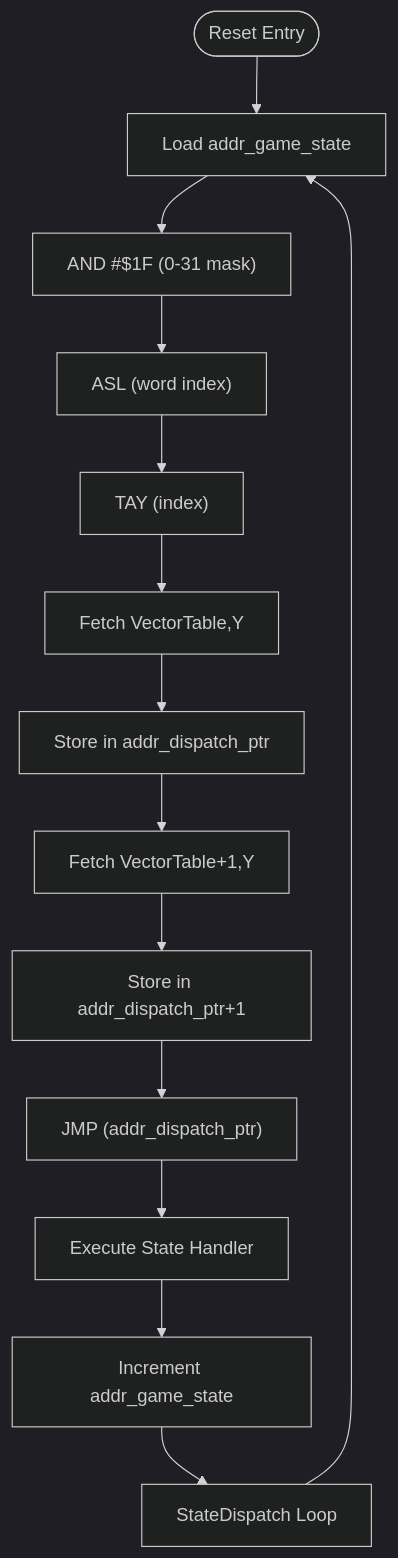
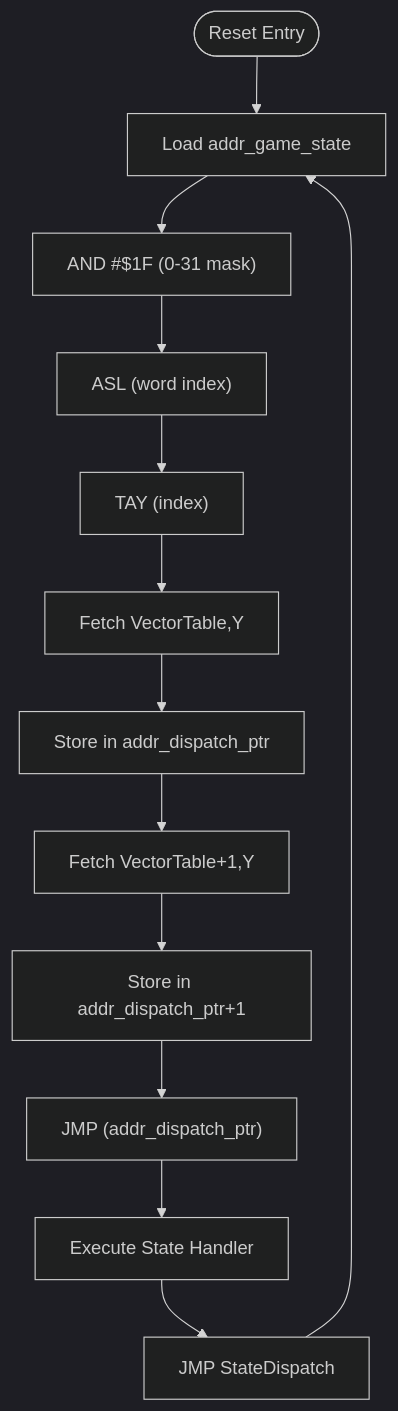
The second of 7 diagrams in .qoder/repowiki/en/content/Game State Management/Game State Management.md (rabbyzero/sango2dasm), drawn with Mermaid (dark theme) before and after one commit. The commit also changed other lines of this file and 9 other files, not shown here.

````diff
--- a/.qoder/repowiki/en/content/Game State Management/Game State Management.md
+++ b/.qoder/repowiki/en/content/Game State Management/Game State Management.md
@@ -67,16 +109,15 @@
 ```mermaid
 flowchart TD
 Start([Reset Entry]) --> LoadState["Load addr_game_state"]
 LoadState --> Mask["AND #$1F (0-31 mask)"]
 Mask --> Multiply["ASL (word index)"]
 Multiply --> Index["TAY (index)"]
 Index --> FetchLow["Fetch VectorTable,Y"]
 FetchLow --> StorePtr["Store in addr_dispatch_ptr"]
 StorePtr --> FetchHigh["Fetch VectorTable+1,Y"]
 FetchHigh --> StorePtrHigh["Store in addr_dispatch_ptr+1"]
 StorePtrHigh --> Jump["JMP (addr_dispatch_ptr)"]
 Jump --> StateHandler["Execute State Handler"]
-StateHandler --> IncState["Increment addr_game_state"]
-IncState --> DispatchLoop["StateDispatch Loop"]
-DispatchLoop --> LoadState
+StateHandler --> StateDispatch["JMP StateDispatch"]
+StateDispatch --> LoadState
 ```
````
